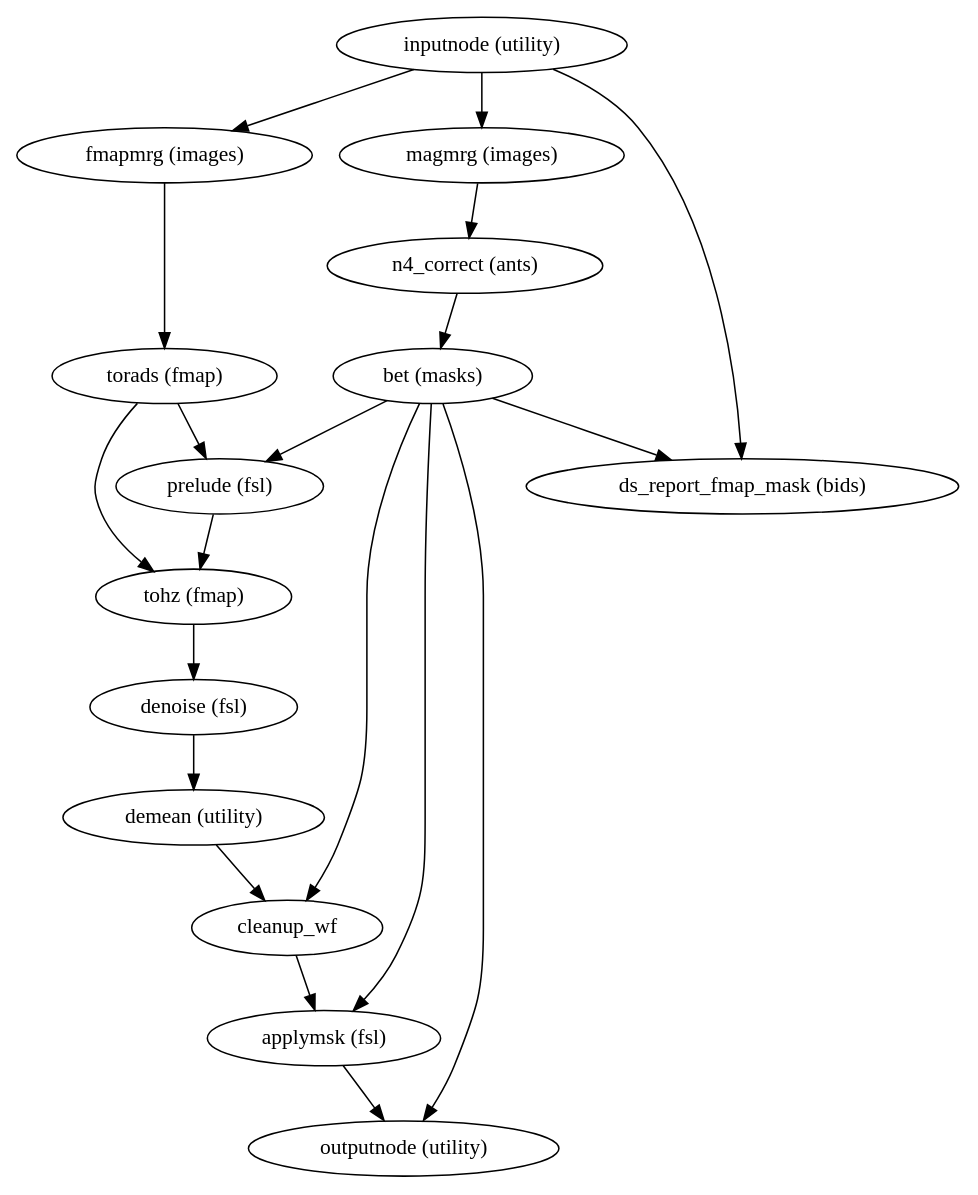
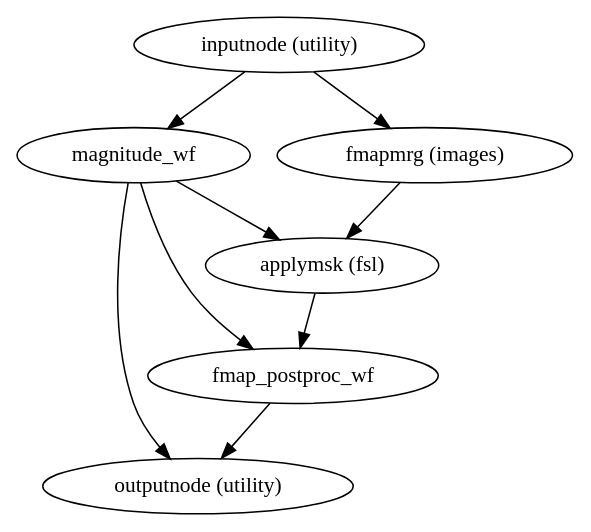
One commit to wayne009007/sdcflows changed the diagram in master/wf_directive/api/fmap_wf/sdcflows-workflows-fmap-1.dot. Above: the diagram before and after it, drawn with Graphviz. The commit also changed 259 other files, not shown here.

```diff
--- a/master/wf_directive/api/fmap_wf/sdcflows-workflows-fmap-1.dot
+++ b/master/wf_directive/api/fmap_wf/sdcflows-workflows-fmap-1.dot
@@ -1,35 +1,16 @@
 strict digraph  {
 "inputnode (utility)";
-"magmrg (images)";
+magnitude_wf;
 "fmapmrg (images)";
-"ds_report_fmap_mask (bids)";
-"n4_correct (ants)";
-"torads (fmap)";
-"bet (masks)";
 "outputnode (utility)";
-"prelude (fsl)";
-cleanup_wf;
 "applymsk (fsl)";
-"tohz (fmap)";
-"denoise (fsl)";
-"demean (utility)";
-"inputnode (utility)" -> "magmrg (images)";
+fmap_postproc_wf;
+"inputnode (utility)" -> magnitude_wf;
 "inputnode (utility)" -> "fmapmrg (images)";
-"inputnode (utility)" -> "ds_report_fmap_mask (bids)";
-"magmrg (images)" -> "n4_correct (ants)";
-"fmapmrg (images)" -> "torads (fmap)";
-"n4_correct (ants)" -> "bet (masks)";
-"torads (fmap)" -> "tohz (fmap)";
-"torads (fmap)" -> "prelude (fsl)";
-"bet (masks)" -> "outputnode (utility)";
-"bet (masks)" -> "ds_report_fmap_mask (bids)";
-"bet (masks)" -> "prelude (fsl)";
-"bet (masks)" -> cleanup_wf;
-"bet (masks)" -> "applymsk (fsl)";
-"prelude (fsl)" -> "tohz (fmap)";
-cleanup_wf -> "applymsk (fsl)";
-"applymsk (fsl)" -> "outputnode (utility)";
-"tohz (fmap)" -> "denoise (fsl)";
-"denoise (fsl)" -> "demean (utility)";
-"demean (utility)" -> cleanup_wf;
+magnitude_wf -> "outputnode (utility)";
+magnitude_wf -> "applymsk (fsl)";
+magnitude_wf -> fmap_postproc_wf;
+"fmapmrg (images)" -> "applymsk (fsl)";
+"applymsk (fsl)" -> fmap_postproc_wf;
+fmap_postproc_wf -> "outputnode (utility)";
 }
```
